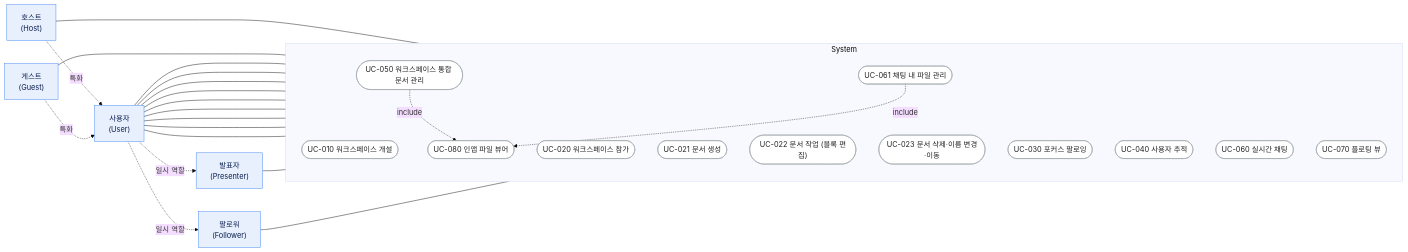
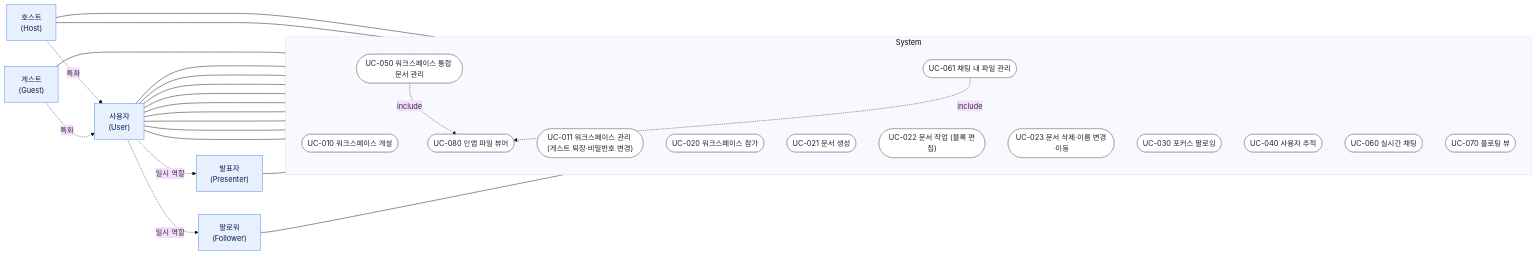
Before and after one commit to CBNU-TeamH/RMF-Block: the second of 2 diagrams in docs/SRS-ko.md, drawn with Mermaid (base theme). The commit also changed other lines of this file, not shown here.

First line of the commit message:
docs: add UC-011 host permissions (kick guest, change password)

````diff
--- a/docs/SRS-ko.md
+++ b/docs/SRS-ko.md
@@ -359,54 +359,56 @@
 ```mermaid
 flowchart LR
   %% ===== 액터 =====
   User["사용자<br>(User)"]:::actor
   Host["호스트<br>(Host)"]:::actor
   Guest["게스트<br>(Guest)"]:::actor
   Presenter["발표자<br>(Presenter)"]:::actor
   Follower["팔로워<br>(Follower)"]:::actor
 
   %% 액터 일반화(특화) / 일시 역할
   Host -. 특화 .-> User
   Guest -. 특화 .-> User
   User -. 일시 역할 .-> Presenter
   User -. 일시 역할 .-> Follower
 
   %% ===== 시스템 경계 =====
   subgraph SYS["System"]
     direction TB
     UC010(["UC-010 워크스페이스 개설"]):::uc
+    UC011(["UC-011 워크스페이스 관리 (게스트 퇴장·비밀번호 변경)"]):::uc
     UC020(["UC-020 워크스페이스 참가"]):::uc
     UC021(["UC-021 문서 생성"]):::uc
     UC022(["UC-022 문서 작업 (블록 편집)"]):::uc
     UC023(["UC-023 문서 삭제·이름 변경·이동"]):::uc
     UC030(["UC-030 포커스 팔로잉"]):::uc
     UC040(["UC-040 사용자 추적"]):::uc
     UC050(["UC-050 워크스페이스 통합 문서 관리"]):::uc
     UC060(["UC-060 실시간 채팅"]):::uc
     UC061(["UC-061 채팅 내 파일 관리"]):::uc
     UC070(["UC-070 플로팅 뷰"]):::uc
     UC080(["UC-080 인앱 파일 뷰어"]):::uc
   end
 
   %% ===== 액터-유즈케이스 연관 =====
   Host --- UC010
+  Host --- UC011
   Guest --- UC020
   User --- UC021
   User --- UC022
   User --- UC023
   User --- UC040
   User --- UC050
   User --- UC060
   User --- UC061
   User --- UC070
   User --- UC080
   Presenter --- UC030
   Follower --- UC030
 
   %% ===== include =====
   UC050 -. include .-> UC080
   UC061 -. include .-> UC080
 
   classDef actor fill:#e8f0fe,stroke:#4285f4,stroke-width:1px,color:#0b1f4d;
   classDef uc fill:#ffffff,stroke:#9aa0a6,stroke-width:1px,color:#202124;
 ```
````
